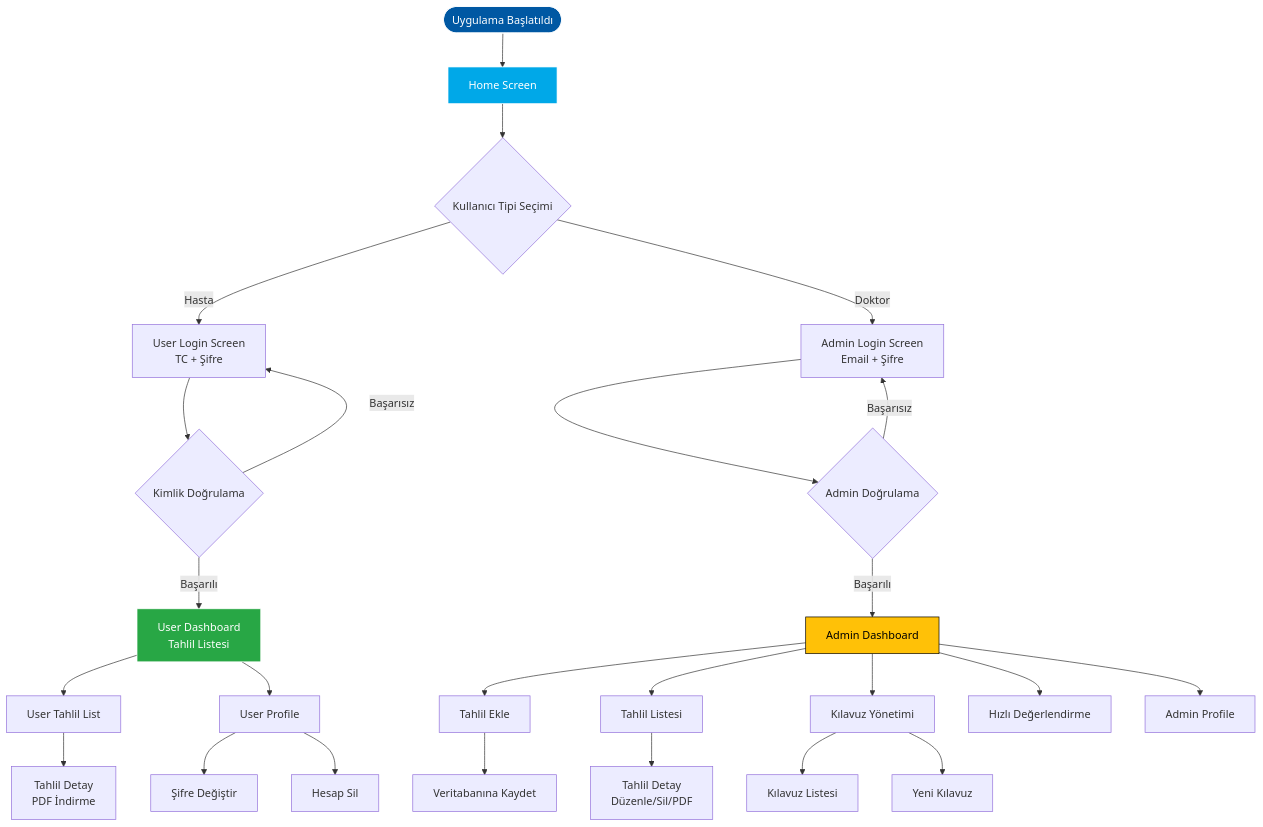
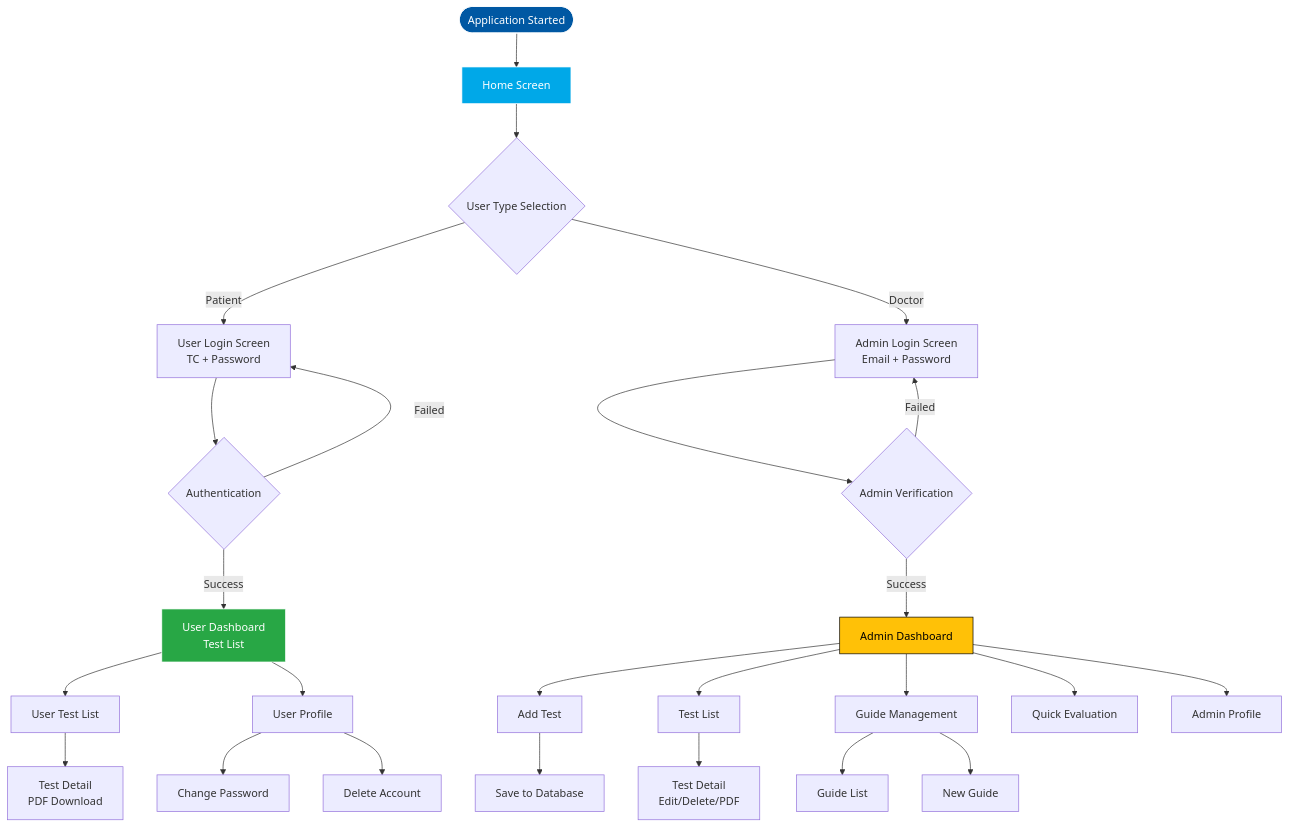
One commit to diclebolek/E_Lab_System changed the third of 5 diagrams in README.md. Above: the diagram before and after it, drawn with Mermaid. The commit also changed other lines of this file, not shown here.

Commit message:
Mermaid diyagramlarÄ± GitHub uyumluluÄŸu iÃ§in dÃ¼zeltildi

````diff
--- a/README.md
+++ b/README.md
@@ -393,39 +393,39 @@
 ```mermaid
 flowchart TD
-    Start([Uygulama Başlatıldı]) --> Home[Home Screen]
-    Home --> Choice{Kullanıcı Tipi Seçimi}
+    Start([Application Started]) --> Home[Home Screen]
+    Home --> Choice{User Type Selection}
     
-    Choice -->|Hasta| UserLogin[User Login Screen<br/>TC + Şifre]
-    Choice -->|Doktor| AdminLogin[Admin Login Screen<br/>Email + Şifre]
+    Choice -->|Patient| UserLogin["User Login Screen<br/>TC + Password"]
+    Choice -->|Doctor| AdminLogin["Admin Login Screen<br/>Email + Password"]
     
-    UserLogin --> UserAuth{Kimlik Doğrulama}
-    UserAuth -->|Başarılı| UserDashboard[User Dashboard<br/>Tahlil Listesi]
-    UserAuth -->|Başarısız| UserLogin
+    UserLogin --> UserAuth{Authentication}
+    UserAuth -->|Success| UserDashboard["User Dashboard<br/>Test List"]
+    UserAuth -->|Failed| UserLogin
     
-    UserDashboard --> UserTahlilList[User Tahlil List]
+    UserDashboard --> UserTahlilList[User Test List]
     UserDashboard --> UserProfile[User Profile]
     
-    UserTahlilList --> UserTahlilDetail[Tahlil Detay<br/>PDF İndirme]
-    UserProfile --> ChangePassword[Şifre Değiştir]
-    UserProfile --> DeleteAccount[Hesap Sil]
+    UserTahlilList --> UserTahlilDetail["Test Detail<br/>PDF Download"]
+    UserProfile --> ChangePassword[Change Password]
+    UserProfile --> DeleteAccount[Delete Account]
     
-    AdminLogin --> AdminAuth{Admin Doğrulama}
-    AdminAuth -->|Başarılı| AdminDashboard[Admin Dashboard]
-    AdminAuth -->|Başarısız| AdminLogin
+    AdminLogin --> AdminAuth{Admin Verification}
+    AdminAuth -->|Success| AdminDashboard[Admin Dashboard]
+    AdminAuth -->|Failed| AdminLogin
     
-    AdminDashboard --> TahlilEkle[Tahlil Ekle]
-    AdminDashboard --> TahlilList[Tahlil Listesi]
-    AdminDashboard --> KilavuzYonet[Kılavuz Yönetimi]
-    AdminDashboard --> HizliDegerlendirme[Hızlı Değerlendirme]
+    AdminDashboard --> TahlilEkle[Add Test]
+    AdminDashboard --> TahlilList[Test List]
+    AdminDashboard --> KilavuzYonet[Guide Management]
+    AdminDashboard --> HizliDegerlendirme[Quick Evaluation]
     AdminDashboard --> AdminProfile[Admin Profile]
     
-    TahlilEkle --> SaveTahlil[Veritabanına Kaydet]
-    TahlilList --> TahlilDetail[Tahlil Detay<br/>Düzenle/Sil/PDF]
-    KilavuzYonet --> KilavuzList[Kılavuz Listesi]
-    KilavuzYonet --> KilavuzOlustur[Yeni Kılavuz]
+    TahlilEkle --> SaveTahlil[Save to Database]
+    TahlilList --> TahlilDetail["Test Detail<br/>Edit/Delete/PDF"]
+    KilavuzYonet --> KilavuzList[Guide List]
+    KilavuzYonet --> KilavuzOlustur[New Guide]
     
     style Start fill:#0058A3,stroke:#fff,color:#fff
     style Home fill:#00A8E8,stroke:#fff,color:#fff
     style UserDashboard fill:#28a745,stroke:#fff,color:#fff
     style AdminDashboard fill:#ffc107,stroke:#000,color:#000
 ```
````
